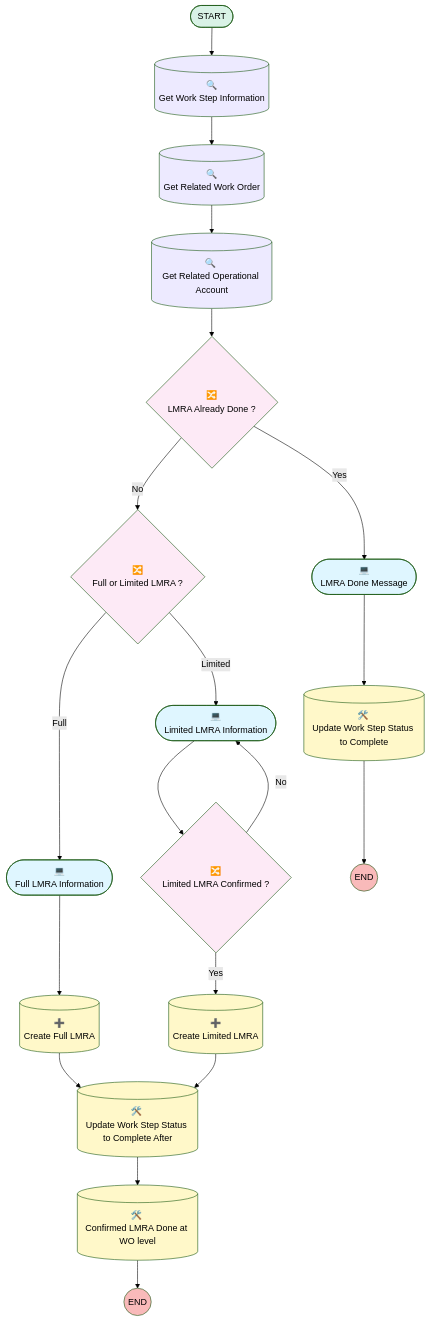
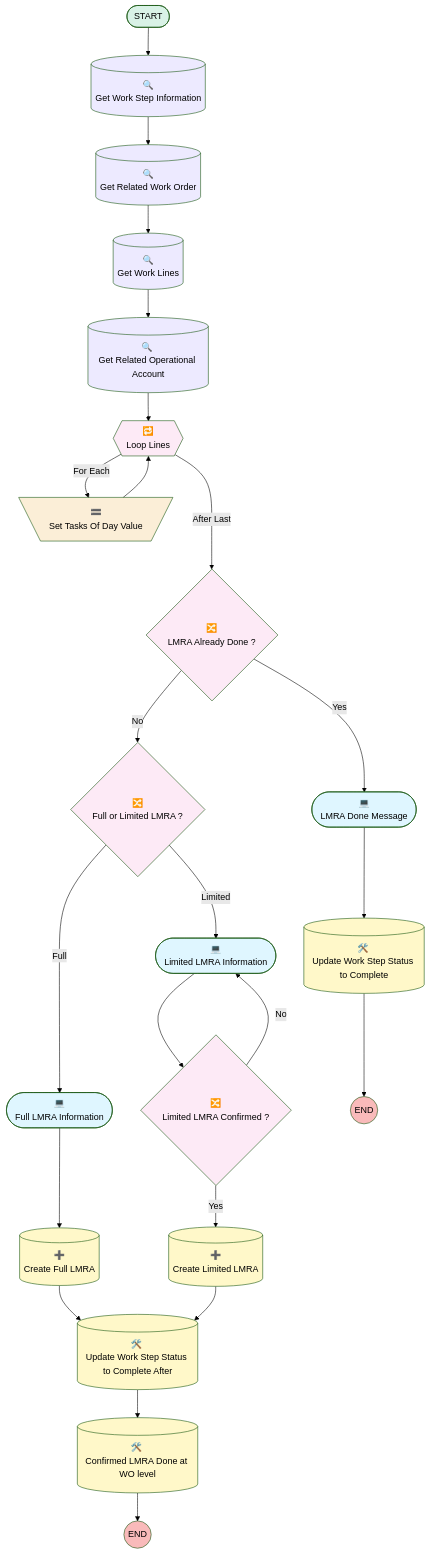
The diagram in docs/flows/Work_Order_Mobile_Flow_Screen_Flow_Log_LMRA_Information.md (fpardon-upeo/krinkels-monitoring), drawn with Mermaid (forest theme) before and after one commit. The commit also changed other lines of this file and 164 other files, not shown here.

````diff
--- a/docs/flows/Work_Order_Mobile_Flow_Screen_Flow_Log_LMRA_Information.md
+++ b/docs/flows/Work_Order_Mobile_Flow_Screen_Flow_Log_LMRA_Information.md
@@ -13,6 +13,9 @@
 START(["START"]):::startClass
 click START "#general-information" "459049158"
 
+Set_Tasks_Of_Day_Value[\"🟰 <em></em><br/>Set Tasks Of Day Value"/]:::assignments
+click Set_Tasks_Of_Day_Value "#set_tasks_of_day_value" "3916738752"
+
 Full_or_Limited_LMRA{"🔀 <em></em><br/>Full or Limited LMRA ?"}:::decisions
 click Full_or_Limited_LMRA "#full_or_limited_lmra" "2088660188"
 
@@ -22,6 +25,9 @@
 LMRA_Already_Done{"🔀 <em></em><br/>LMRA Already Done ?"}:::decisions
 click LMRA_Already_Done "#lmra_already_done" "2884183025"
 
+Loop_Lines{{"🔁 <em></em><br/>Loop Lines"}}:::loops
+click Loop_Lines "#loop_lines" "1034807019"
+
 Create_Full_LMRA[("➕ <em></em><br/>Create Full LMRA")]:::recordCreates
 click Create_Full_LMRA "#create_full_lmra" "3999568703"
 
@@ -29,10 +35,13 @@
 click Create_Limited_LMRA "#create_limited_lmra" "2204160202"
 
 Get_Related_Operational_Account[("🔍 <em></em><br/>Get Related Operational Account")]:::recordLookups
-click Get_Related_Operational_Account "#get_related_operational_account" "449706841"
+click Get_Related_Operational_Account "#get_related_operational_account" "3839606916"
 
 Get_Related_Work_Order[("🔍 <em></em><br/>Get Related Work Order")]:::recordLookups
-click Get_Related_Work_Order "#get_related_work_order" "3976601376"
+click Get_Related_Work_Order "#get_related_work_order" "514490499"
+
+Get_Work_Lines[("🔍 <em></em><br/>Get Work Lines")]:::recordLookups
+click Get_Work_Lines "#get_work_lines" "2948152931"
 
 Get_Work_Step_Information[("🔍 <em></em><br/>Get Work Step Information")]:::recordLookups
 click Get_Work_Step_Information "#get_work_step_information" "968707648"
@@ -47,7 +56,7 @@
 click Update_Work_Step_Status_to_Complete_After "#update_work_step_status_to_complete_after" "247084983"
 
 Full_LMRA_Information(["💻 <em></em><br/>Full LMRA Information"]):::screens
-click Full_LMRA_Information "#full_lmra_information" "737905365"
+click Full_LMRA_Information "#full_lmra_information" "793521090"
 
 Limited_LMRA_Information(["💻 <em></em><br/>Limited LMRA Information"]):::screens
 click Limited_LMRA_Information "#limited_lmra_information" "3519037032"
@@ -55,16 +64,20 @@
 LMRA_Done_Message(["💻 <em></em><br/>LMRA Done Message"]):::screens
 click LMRA_Done_Message "#lmra_done_message" "581062939"
 
+Set_Tasks_Of_Day_Value --> Loop_Lines
 Full_or_Limited_LMRA --> |"Full"| Full_LMRA_Information
 Full_or_Limited_LMRA --> |"Limited"| Limited_LMRA_Information
 Limited_LMRA_Confirmed --> |"Yes"| Create_Limited_LMRA
 Limited_LMRA_Confirmed --> |"No"| Limited_LMRA_Information
 LMRA_Already_Done --> |"No"| Full_or_Limited_LMRA
 LMRA_Already_Done --> |"Yes"| LMRA_Done_Message
+Loop_Lines --> |"For Each"|Set_Tasks_Of_Day_Value
+Loop_Lines ---> |"After Last"|LMRA_Already_Done
 Create_Full_LMRA --> Update_Work_Step_Status_to_Complete_After
 Create_Limited_LMRA --> Update_Work_Step_Status_to_Complete_After
-Get_Related_Operational_Account --> LMRA_Already_Done
-Get_Related_Work_Order --> Get_Related_Operational_Account
+Get_Related_Operational_Account --> Loop_Lines
+Get_Related_Work_Order --> Get_Work_Lines
+Get_Work_Lines --> Get_Related_Operational_Account
 Get_Work_Step_Information --> Get_Related_Work_Order
 Confirmed_LMRA_Done_at_WO_level --> END_Confirmed_LMRA_Done_at_WO_level
 Update_Work_Step_Status_to_Complete --> END_Update_Work_Step_Status_to_Complete
@@ -77,20 +90,20 @@
 END_Update_Work_Step_Status_to_Complete(( END )):::endClass
 
 
-classDef actionCalls fill:#D4E4FC,color:black,max-height:100px
-classDef assignments fill:#FBEED7,color:black,max-height:100px
-classDef collectionProcessors fill:#F0E3FA,color:black,max-height:100px
-classDef customErrors fill:#FFE9E9,color:black,max-height:100px
-classDef decisions fill:#FDEAF6,color:black,max-height:100px
-classDef loops fill:#FDEAF6,color:black,max-height:100px
-classDef recordCreates fill:#FFF8C9,color:black,max-height:100px
-classDef recordDeletes fill:#FFF8C9,color:black,max-height:100px
-classDef recordLookups fill:#EDEAFF,color:black,max-height:100px
-classDef recordUpdates fill:#FFF8C9,color:black,max-height:100px
-classDef screens fill:#DFF6FF,color:black,max-height:100px
-classDef subflows fill:#D4E4FC,color:black,max-height:100px
-classDef startClass fill:#D9F2E6,color:black,max-height:100px
-classDef endClass fill:#F9BABA,color:black,max-height:100px
+classDef actionCalls fill:#D4E4FC,color:black,text-decoration:none,max-height:100px
+classDef assignments fill:#FBEED7,color:black,text-decoration:none,max-height:100px
+classDef collectionProcessors fill:#F0E3FA,color:black,text-decoration:none,max-height:100px
+classDef customErrors fill:#FFE9E9,color:black,text-decoration:none,max-height:100px
+classDef decisions fill:#FDEAF6,color:black,text-decoration:none,max-height:100px
+classDef loops fill:#FDEAF6,color:black,text-decoration:none,max-height:100px
+classDef recordCreates fill:#FFF8C9,color:black,text-decoration:none,max-height:100px
+classDef recordDeletes fill:#FFF8C9,color:black,text-decoration:none,max-height:100px
+classDef recordLookups fill:#EDEAFF,color:black,text-decoration:none,max-height:100px
+classDef recordUpdates fill:#FFF8C9,color:black,text-decoration:none,max-height:100px
+classDef screens fill:#DFF6FF,color:black,text-decoration:none,max-height:100px
+classDef subflows fill:#D4E4FC,color:black,text-decoration:none,max-height:100px
+classDef startClass fill:#D9F2E6,color:black,text-decoration:none,max-height:100px
+classDef endClass fill:#F9BABA,color:black,text-decoration:none,max-height:100px
 
 
 ```
````
